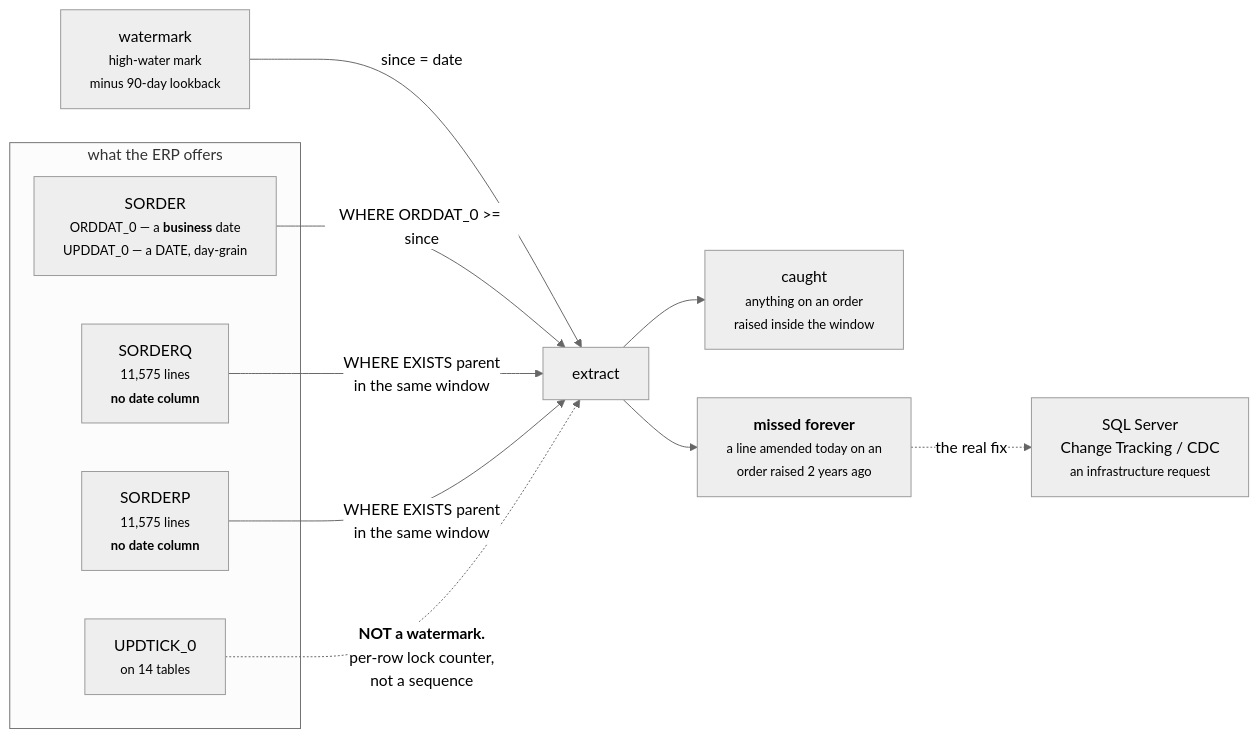
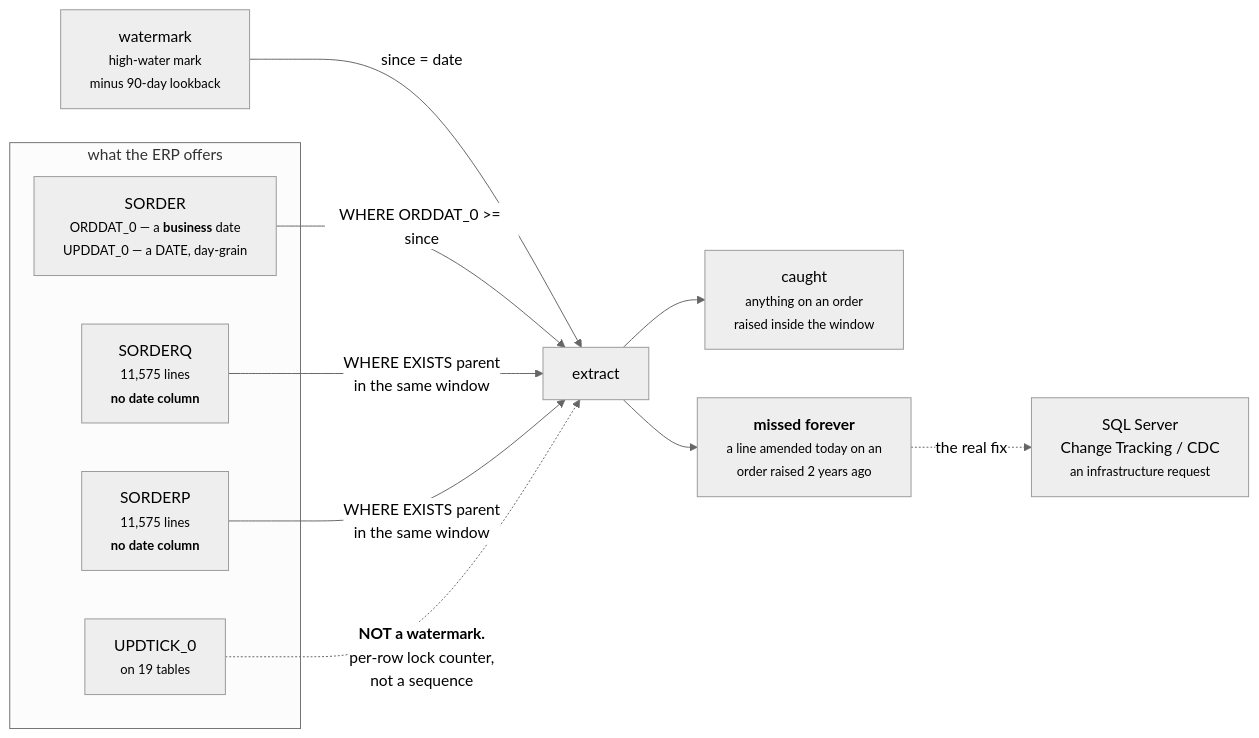
One commit to patrickmhaney/bgr_control_tower changed the third of 5 diagrams in docs/ingestion.md. Above: the diagram before and after it, drawn with Mermaid (neutral theme). The commit also changed other lines of this file and 33 other files, not shown here.

````diff
--- a/docs/ingestion.md
+++ b/docs/ingestion.md
@@ -187,23 +184,23 @@
 ```mermaid
 flowchart LR
     subgraph SRC["what the ERP offers"]
         hdr["SORDER<br/><small>ORDDAT_0 &mdash; a <b>business</b> date<br/>UPDDAT_0 &mdash; a DATE, day-grain</small>"]
         lineq["SORDERQ<br/><small>11,575 lines<br/><b>no date column</b></small>"]
         linep["SORDERP<br/><small>11,575 lines<br/><b>no date column</b></small>"]
-        tick["UPDTICK_0<br/><small>on 14 tables</small>"]
+        tick["UPDTICK_0<br/><small>on 19 tables</small>"]
     end
 
     wm["watermark<br/><small>high-water mark<br/>minus 90-day lookback</small>"]
     ex["extract"]
 
     wm -->|"since = date"| ex
     hdr -->|"WHERE ORDDAT_0 &gt;= since"| ex
     lineq -->|"WHERE EXISTS parent<br/>in the same window"| ex
     linep -->|"WHERE EXISTS parent<br/>in the same window"| ex
     tick -.->|"<b>NOT a watermark.</b><br/>per-row lock counter,<br/>not a sequence"| ex
 
     ex --> good["caught<br/><small>anything on an order<br/>raised inside the window</small>"]
     ex --> lost["<b>missed forever</b><br/><small>a line amended today on an<br/>order raised 2 years ago</small>"]
 
     lost -.->|"the real fix"| cdc["SQL Server<br/>Change Tracking / CDC<br/><small>an infrastructure request</small>"]
 ```
````
